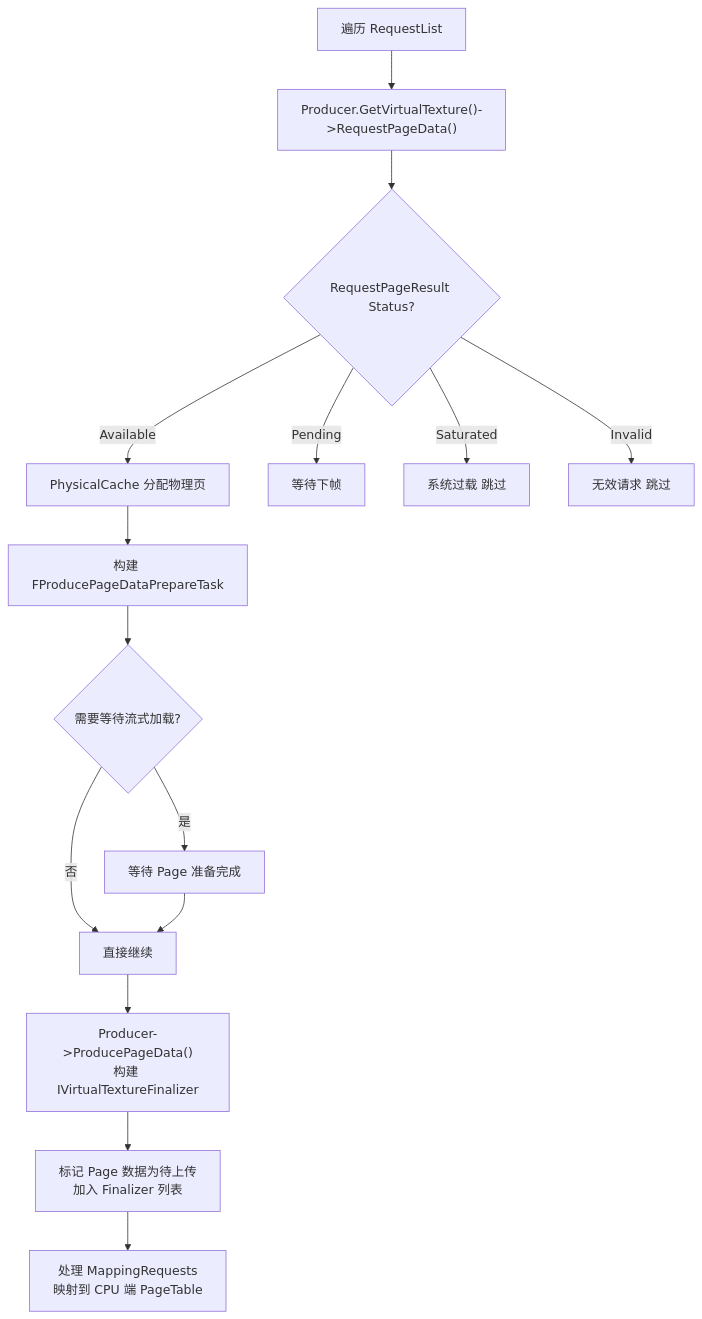
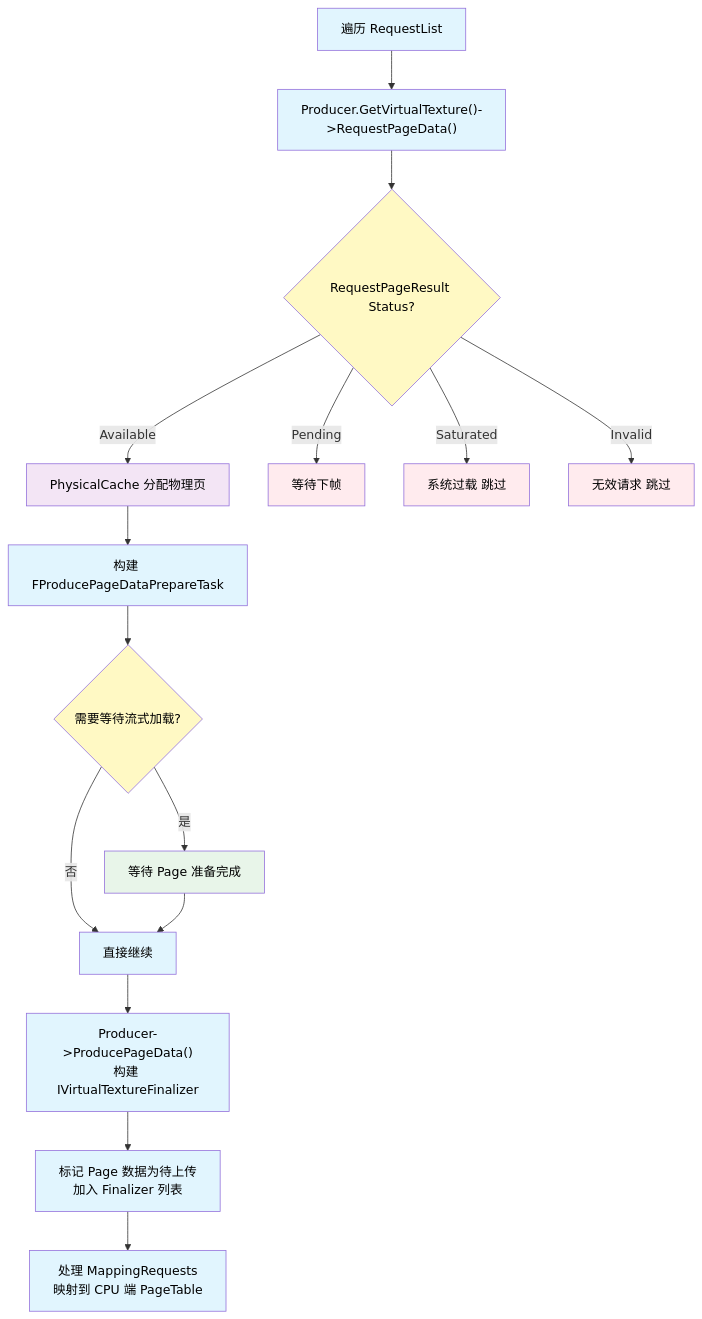
One commit to mr0ptimist/mroptimist.github.io changed the sixth of 21 diagrams in content/posts/UE5_Virtual_Texture_与_Runtime_Virtual_Texture_源码级全流程解析.md. Above: the diagram before and after it, drawn with Mermaid. The commit also changed other lines of this file and 2 other files, not shown here.

First line of the commit message:
Mermaid 图表 Dark Reader 兼容：所有 flowchart 加 classDef 配色 + 文字强制黑色

````diff
--- a/content/posts/UE5_Virtual_Texture_与_Runtime_Virtual_Texture_源码级全流程解析.md
+++ b/content/posts/UE5_Virtual_Texture_与_Runtime_Virtual_Texture_源码级全流程解析.md
@@ -351,20 +380,32 @@
 ```mermaid
 flowchart TD
     A["遍历 RequestList"] --> B["Producer.GetVirtualTexture()->RequestPageData()"]
     B --> C{"RequestPageResult Status?"}
     C -->|Available| D["PhysicalCache 分配物理页"]
     C -->|Pending| E["等待下帧"]
     C -->|Saturated| F["系统过载 跳过"]
     C -->|Invalid| G["无效请求 跳过"]
     D --> H["构建 FProducePageDataPrepareTask"]
     H --> I{"需要等待流式加载?"}
     I -->|是| J["等待 Page 准备完成"]
     I -->|否| K["直接继续"]
     J --> K
     K --> L["Producer->ProducePageData()
 构建 IVirtualTextureFinalizer"]
     L --> M["标记 Page 数据为待上传
 加入 Finalizer 列表"]
     M --> N["处理 MappingRequests
 映射到 CPU 端 PageTable"]
+
+    classDef proc fill:#e1f5fe,color:#000
+    classDef dec fill:#fff9c4,color:#000
+    classDef ok fill:#e8f5e9,color:#000
+    classDef err fill:#ffebee,color:#000
+    classDef out fill:#f3e5f5,color:#000
+    class A,B,H,K,L,M,N proc
+    class C dec
+    class D out
+    class E,F,G err
+    class I dec
+    class J ok
 ```
````
